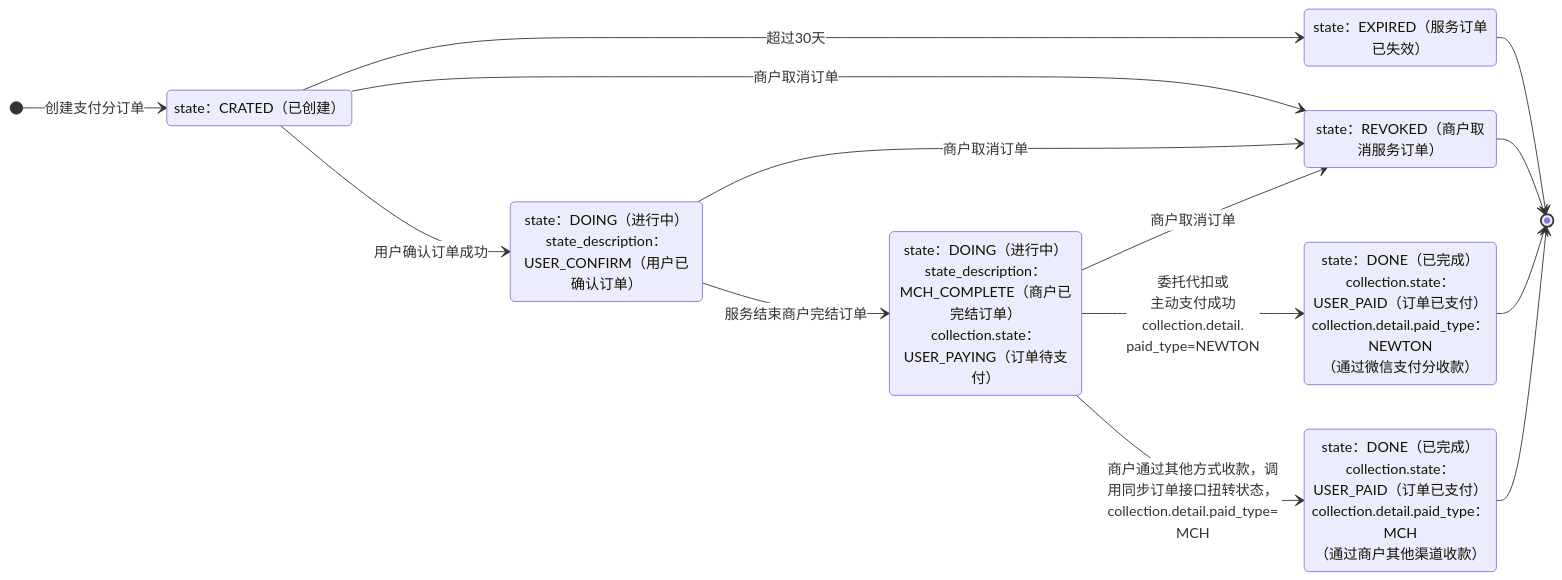
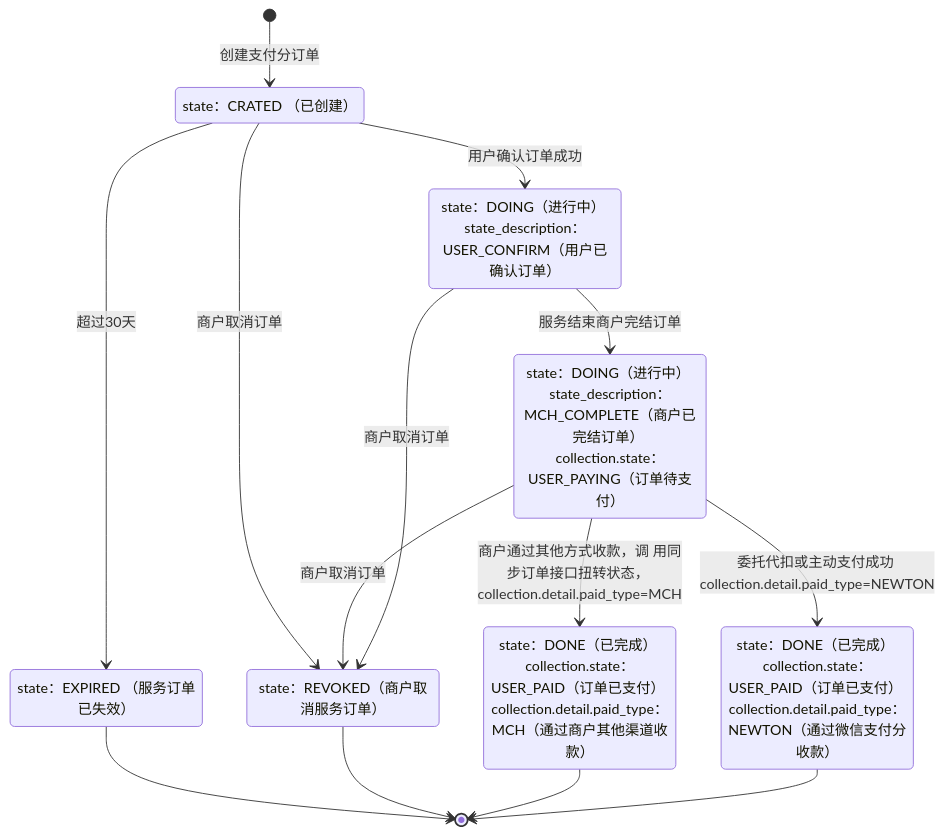
The sixth of 6 diagrams in docs/partner/pages/4012586134.md (minibear2021/wechatpay_docs), drawn with Mermaid before and after one commit. The commit also changed other lines of this file and 46 other files, not shown here.

````diff
--- a/docs/partner/pages/4012586134.md
+++ b/docs/partner/pages/4012586134.md
@@ -227,26 +213,23 @@
 ```mermaid
-%%{init: {'themeVariables':{'edgeLabelBackground':'#ffffff'}}}%%
 stateDiagram-v2
-    direction LR
-    state "state：CRATED（已创建）" as S2
-    state "state：DOING（进行中）state_description：USER_CONFIRM（用户已确认订单）" as S3
-    state "state：DOING（进行中）state_description：MCH_COMPLETE（商户已完结订单）collection.state：USER_PAYING（订单待支付）" as S4
-    state "state：DONE（已完成）collection.state：USER_PAID（订单已支付）collection.detail.paid_type：NEWTON<br/>（通过微信支付分收款）" as S5
-    state "state：EXPIRED（服务订单已失效）" as S6
-    state "state：REVOKED（商户取消服务订单）" as S7
-    state "state：DONE（已完成）collection.state：<br/>USER_PAID（订单已支付）collection.detail.paid_type：MCH<br/>（通过商户其他渠道收款）" as S8
-
-    [*] --> S2: 创建支付分订单
-    S2 --> S3: 用户确认订单成功
-    S2 --> S6: 超过30天
-    S2 --> S7: 商户取消订单
-    S3 --> S7: 商户取消订单
-    S3 --> S4: 服务结束商户完结订单
-    S6 --> [*]
-    S7 --> [*]
-    S4 --> S7: 商户取消订单
-    S4 --> S5: 委托代扣或<br/>主动支付成功<br/>collection.detail.<br/>paid_type=NEWTON
-    S4 --> S8: 商户通过其他方式收款，调<br/>用同步订单接口扭转状态，collection.detail.paid_type=<br/>MCH
-    S5 --> [*]
-    S8 --> [*]
+  state "state：CRATED （已创建）" as S0
+  state "state：DOING（进行中） state_description：USER_CONFIRM（用户已确认订单）" as S1
+  state "state：DOING（进行中） state_description：MCH_COMPLETE（商户已完结订单） collection.state：USER_PAYING（订单待支付）" as S2
+  state "state：DONE（已完成） collection.state：USER_PAID（订单已支付） collection.detail.paid_type：NEWTON（通过微信支付分收款）" as S3
+  state "state：EXPIRED （服务订单已失效）" as S4
+  state "state：REVOKED（商户取消服务订单）" as S5
+  state "state：DONE（已完成） collection.state：USER_PAID（订单已支付） collection.detail.paid_type：MCH（通过商户其他渠道收款）" as S6
+  [*] --> S0 : 创建支付分订单
+  S0 --> S1 : 用户确认订单成功
+  S1 --> S2 : 服务结束商户完结订单
+  S2 --> S3 : 委托代扣或主动支付成功 collection.detail.paid_type=NEWTON
+  S0 --> S4 : 超过30天
+  S0 --> S5 : 商户取消订单
+  S2 --> S5 : 商户取消订单
+  S2 --> S6 : 商户通过其他方式收款，调 用同步订单接口扭转状态， collection.detail.paid_type=MCH
+  S4 --> [*]
+  S5 --> [*]
+  S1 --> S5 : 商户取消订单
+  S6 --> [*]
+  S3 --> [*]
 ```
````
